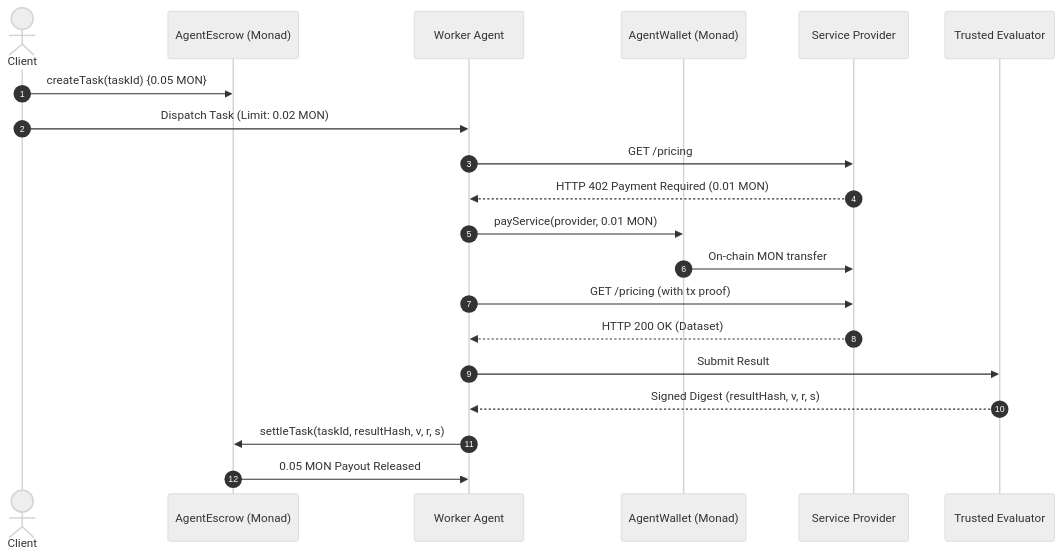
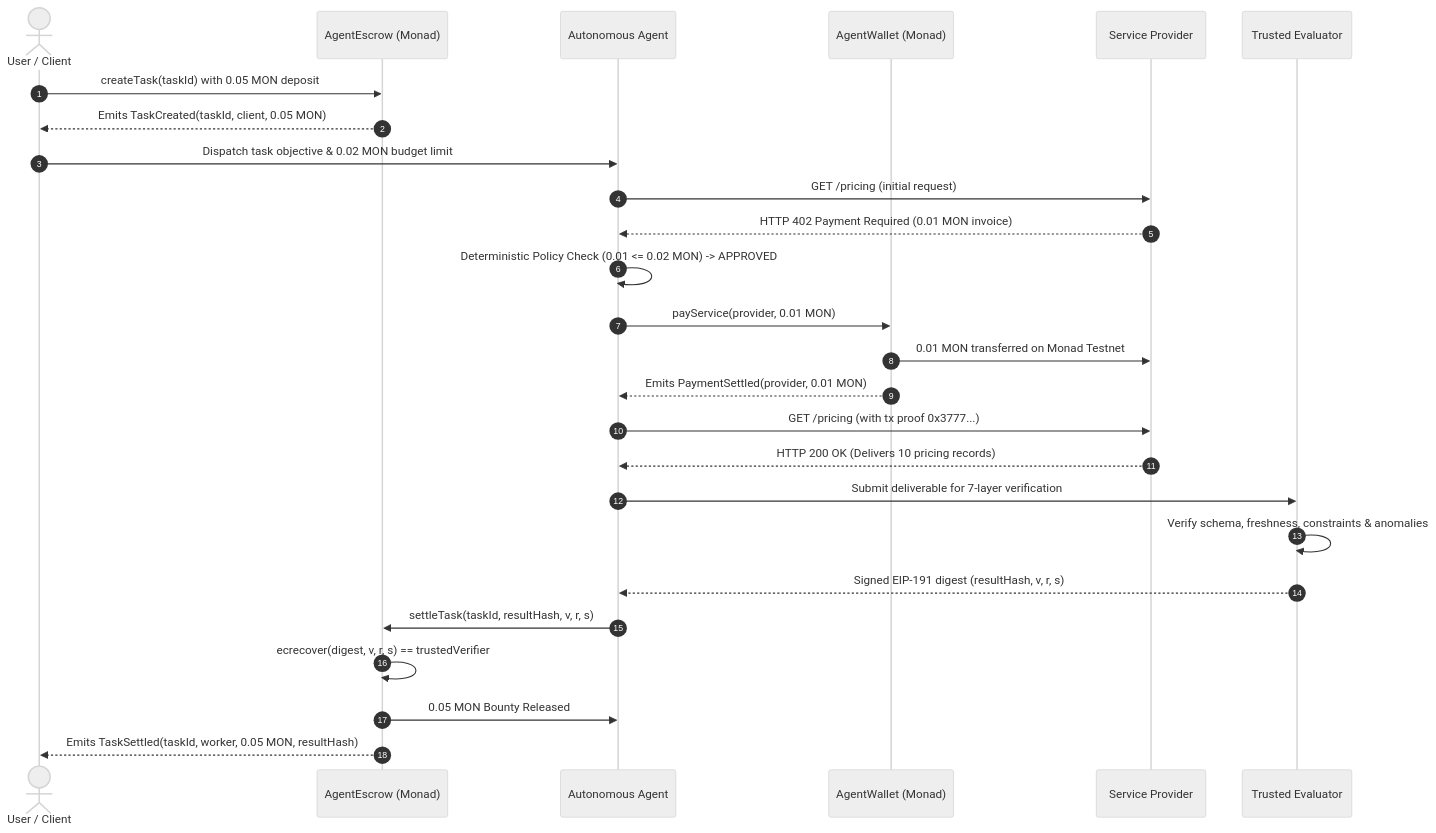
One commit to Aaryan-Sharma-5/AgentProof changed the second of 2 diagrams in README.md. Above: the diagram before and after it, drawn with Mermaid (neutral theme). The commit also changed other lines of this file and 21 other files, not shown here.

````diff
--- a/README.md
+++ b/README.md
@@ -257,23 +505,29 @@
 ```mermaid
 sequenceDiagram
     autonumber
-    actor Client
+    actor Client as User / Client
     participant Escrow as AgentEscrow (Monad)
-    participant Worker as Worker Agent
+    participant Worker as Autonomous Agent
     participant Wallet as AgentWallet (Monad)
     participant Provider as Service Provider
     participant Evaluator as Trusted Evaluator
 
-    Client->>Escrow: createTask(taskId) {0.05 MON}
-    Client->>Worker: Dispatch Task (Limit: 0.02 MON)
-    Worker->>Provider: GET /pricing
-    Provider-->>Worker: HTTP 402 Payment Required (0.01 MON)
+    Client->>Escrow: createTask(taskId) with 0.05 MON deposit
+    Escrow-->>Client: Emits TaskCreated(taskId, client, 0.05 MON)
+    Client->>Worker: Dispatch task objective & 0.02 MON budget limit
+    Worker->>Provider: GET /pricing (initial request)
+    Provider-->>Worker: HTTP 402 Payment Required (0.01 MON invoice)
+    Worker->>Worker: Deterministic Policy Check (0.01 <= 0.02 MON) -> APPROVED
     Worker->>Wallet: payService(provider, 0.01 MON)
-    Wallet->>Provider: On-chain MON transfer
-    Worker->>Provider: GET /pricing (with tx proof)
-    Provider-->>Worker: HTTP 200 OK (Dataset)
-    Worker->>Evaluator: Submit Result
-    Evaluator-->>Worker: Signed Digest (resultHash, v, r, s)
+    Wallet->>Provider: 0.01 MON transferred on Monad Testnet
+    Wallet-->>Worker: Emits PaymentSettled(provider, 0.01 MON)
+    Worker->>Provider: GET /pricing (with tx proof 0x3777...)
+    Provider-->>Worker: HTTP 200 OK (Delivers 10 pricing records)
+    Worker->>Evaluator: Submit deliverable for 7-layer verification
+    Evaluator->>Evaluator: Verify schema, freshness, constraints & anomalies
+    Evaluator-->>Worker: Signed EIP-191 digest (resultHash, v, r, s)
     Worker->>Escrow: settleTask(taskId, resultHash, v, r, s)
-    Escrow->>Worker: 0.05 MON Payout Released
+    Escrow->>Escrow: ecrecover(digest, v, r, s) == trustedVerifier
+    Escrow->>Worker: 0.05 MON Bounty Released
+    Escrow-->>Client: Emits TaskSettled(taskId, worker, 0.05 MON, resultHash)
 ```
````
